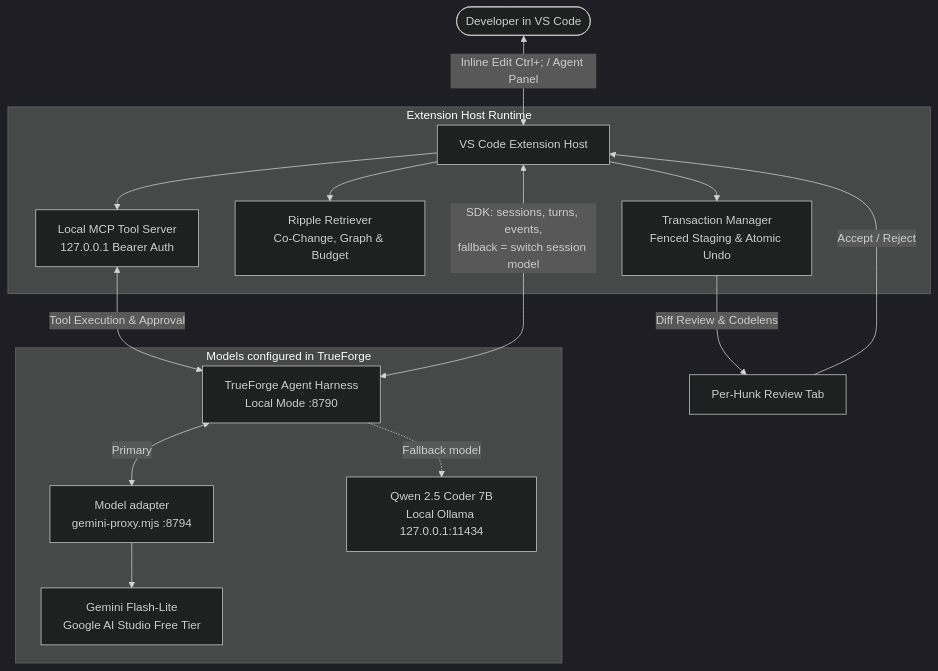
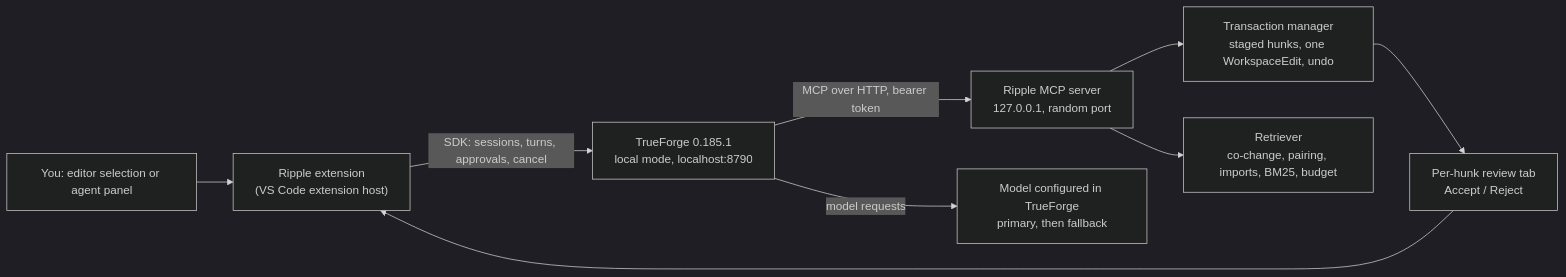
The diagram in README.md (Sivaguru-2008/ripple), drawn with Mermaid (dark theme) before and after one commit. The commit also changed other lines of this file, not shown here.

````diff
--- a/README.md
+++ b/README.md
@@ -49,22 +29,11 @@
 ```mermaid
-graph TD
-    User([Developer in VS Code]) <-->|Inline Edit Ctrl+; / Agent Panel| Ext[VS Code Extension Host]
-    
-    subgraph Extension_Plumbing [Extension Host Runtime]
-        Ext --> TxMgr[Transaction Manager<br/>Fenced Staging & Atomic Undo]
-        Ext --> Retr[Ripple Retriever<br/>Co-Change, Graph & Budget]
-        Ext --> MCP[Local MCP Tool Server<br/>127.0.0.1 Bearer Auth]
-    end
-
-    MCP <-->|Tool Execution & Approval| TF[TrueForge Agent Harness<br/>Local Mode :8790]
-    Ext <-->|SDK: sessions, turns, events,<br/>fallback = switch session model| TF
-
-    subgraph Models [Models configured in TrueForge]
-        TF <-->|Primary| Adapter[Model adapter<br/>gemini-proxy.mjs :8794]
-        Adapter --> M1[Gemini Flash-Lite<br/>Google AI Studio Free Tier]
-        TF -.->|Fallback model| M2[Qwen 2.5 Coder 7B<br/>Local Ollama 127.0.0.1:11434]
-    end
-
-    TxMgr -->|Diff Review & Codelens| Review[Per-Hunk Review Tab]
-    Review -->|Accept / Reject| Ext
+flowchart LR
+    U["You: editor selection or agent panel"] --> X["Ripple extension<br/>(VS Code extension host)"]
+    X -- "SDK: sessions, turns, approvals, cancel" --> T["TrueForge 0.185.1<br/>local mode, localhost:8790"]
+    T -- "MCP over HTTP, bearer token" --> M["Ripple MCP server<br/>127.0.0.1, random port"]
+    M --> R["Transaction manager<br/>staged hunks, one WorkspaceEdit, undo"]
+    M --> Q["Retriever<br/>co-change, pairing, imports, BM25, budget"]
+    T -- "model requests" --> P["Model configured in TrueForge<br/>primary, then fallback"]
+    R --> V["Per-hunk review tab<br/>Accept / Reject"]
+    V --> X
 ```
````
